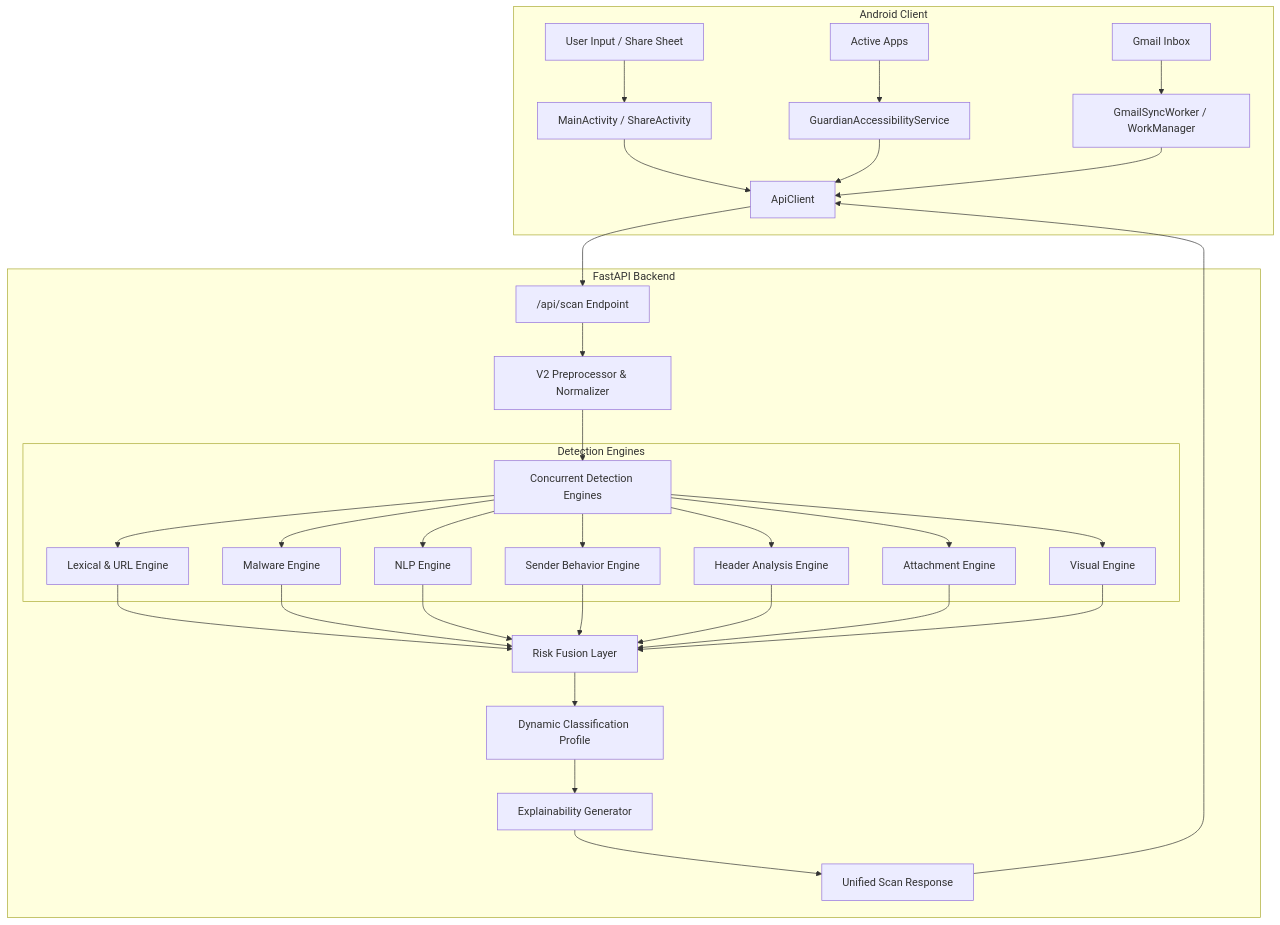
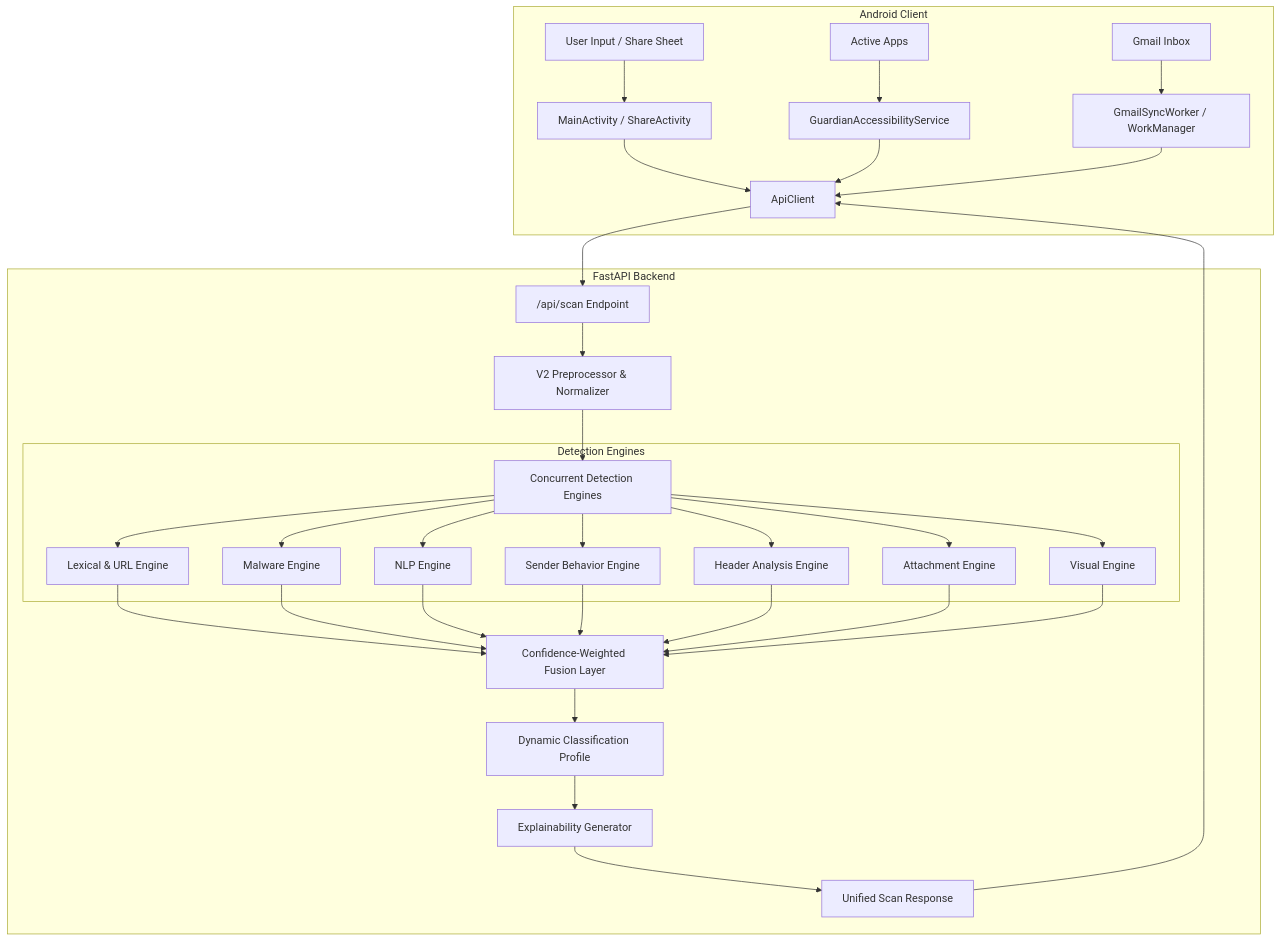
One commit to manideep0007-creator/SecureShield-AI changed the diagram in README.md. Above: the diagram before and after it, drawn with Mermaid. The commit also changed other lines of this file and 37 other files, not shown here.

````diff
--- a/README.md
+++ b/README.md
@@ -28,32 +29,32 @@
 ```mermaid
 graph TD
     subgraph Android Client
         A[User Input / Share Sheet] --> G[MainActivity / ShareActivity]
         B[Active Apps] --> H[GuardianAccessibilityService]
         C[Gmail Inbox] --> I[GmailSyncWorker / WorkManager]
         G & H & I --> J[ApiClient]
     end
 
     subgraph FastAPI Backend
         J --> K["/api/scan Endpoint"]
         K --> L[V2 Preprocessor & Normalizer]
         L --> M[Concurrent Detection Engines]
         
         subgraph Detection Engines
             M --> E1[Lexical & URL Engine]
             M --> E2[Malware Engine]
             M --> E3[NLP Engine]
             M --> E4[Sender Behavior Engine]
             M --> E5[Header Analysis Engine]
             M --> E6[Attachment Engine]
             M --> E7[Visual Engine]
         end
         
-        E1 & E2 & E3 & E4 & E5 & E6 & E7 --> N[Risk Fusion Layer]
+        E1 & E2 & E3 & E4 & E5 & E6 & E7 --> N[Confidence-Weighted Fusion Layer]
         N --> O[Dynamic Classification Profile]
         O --> P[Explainability Generator]
         P --> Q[Unified Scan Response]
     end
 
     Q --> J
 ```
````
